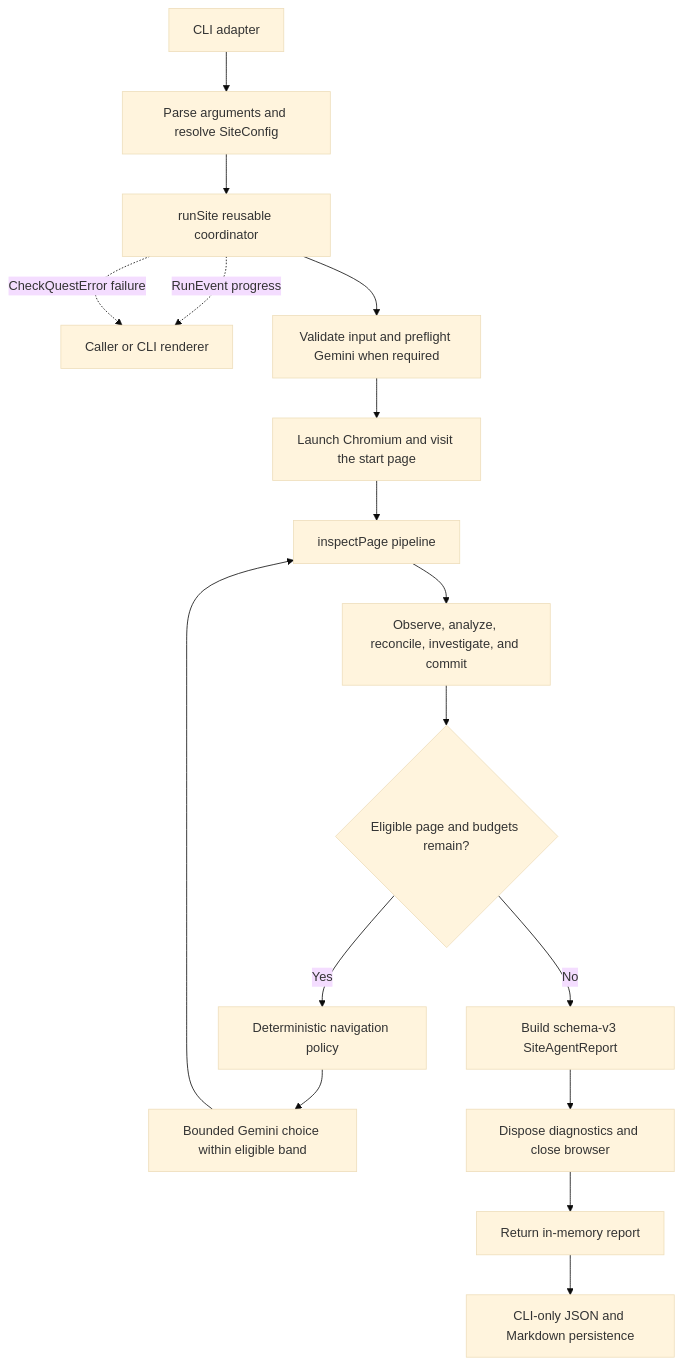
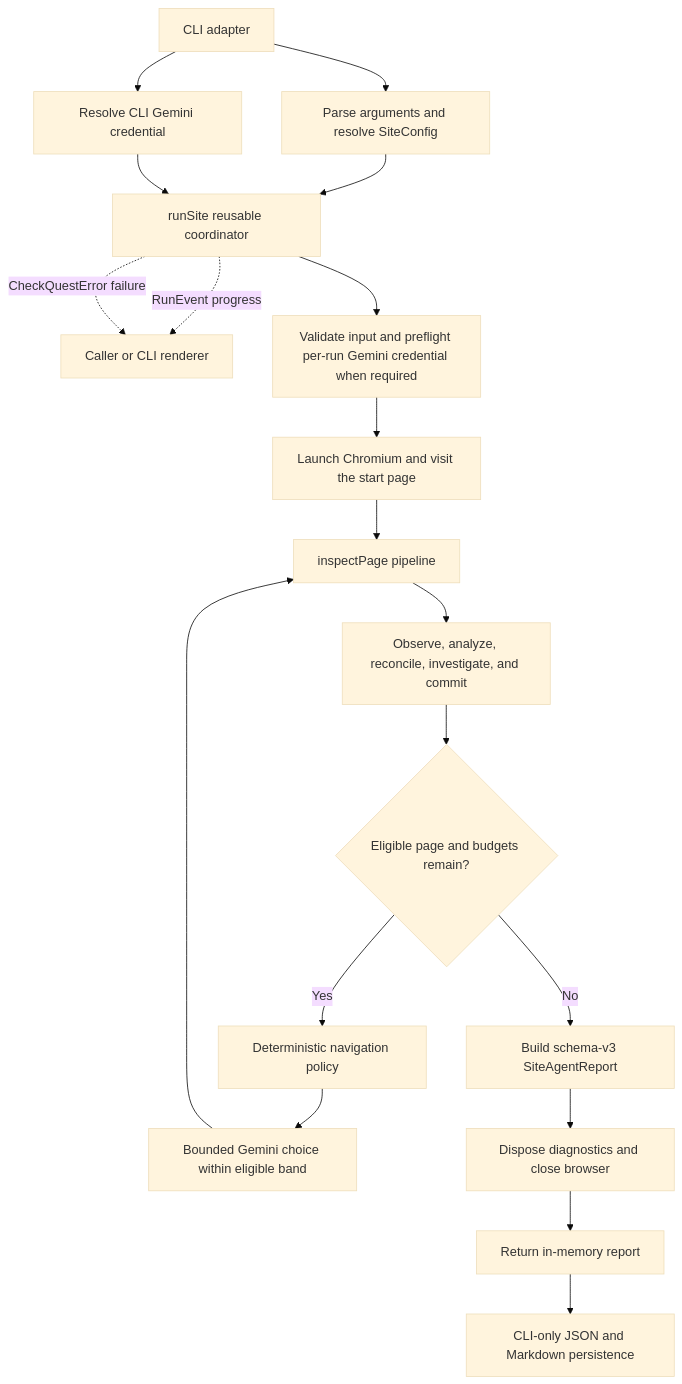
Before and after one commit to bootnihil/checkquest: the diagram in docs/ARCHITECTURE.md, drawn with Mermaid (base theme). The commit also changed other lines of this file and 2 other files, not shown here.

Commit message:
docs: document per-run Gemini BYOK

````diff
--- a/docs/ARCHITECTURE.md
+++ b/docs/ARCHITECTURE.md
@@ -32,19 +33,21 @@
 ```mermaid
 flowchart TD
   CLI["CLI adapter"] --> CFG["Parse arguments and resolve SiteConfig"]
+  CLI --> CREDS["Resolve CLI Gemini credential"]
   CFG --> RUN["runSite reusable coordinator"]
+  CREDS --> RUN
   RUN -. "RunEvent progress" .-> PRESENT["Caller or CLI renderer"]
   RUN -. "CheckQuestError failure" .-> PRESENT
-  RUN --> PRE["Validate input and preflight Gemini when required"]
+  RUN --> PRE["Validate input and preflight per-run Gemini credential when required"]
   PRE --> BROWSER["Launch Chromium and visit the start page"]
   BROWSER --> PAGE["inspectPage pipeline"]
   PAGE --> WORK["Observe, analyze, reconcile, investigate, and commit"]
   WORK --> MORE{"Eligible page and budgets remain?"}
   MORE -->|"Yes"| NAV["Deterministic navigation policy"]
   NAV --> CHOICE["Bounded Gemini choice within eligible band"]
   CHOICE --> PAGE
   MORE -->|"No"| REPORT["Build schema-v3 SiteAgentReport"]
   REPORT --> CLEAN["Dispose diagnostics and close browser"]
   CLEAN --> RETURN["Return in-memory report"]
   RETURN --> PERSIST["CLI-only JSON and Markdown persistence"]
 ```
````
